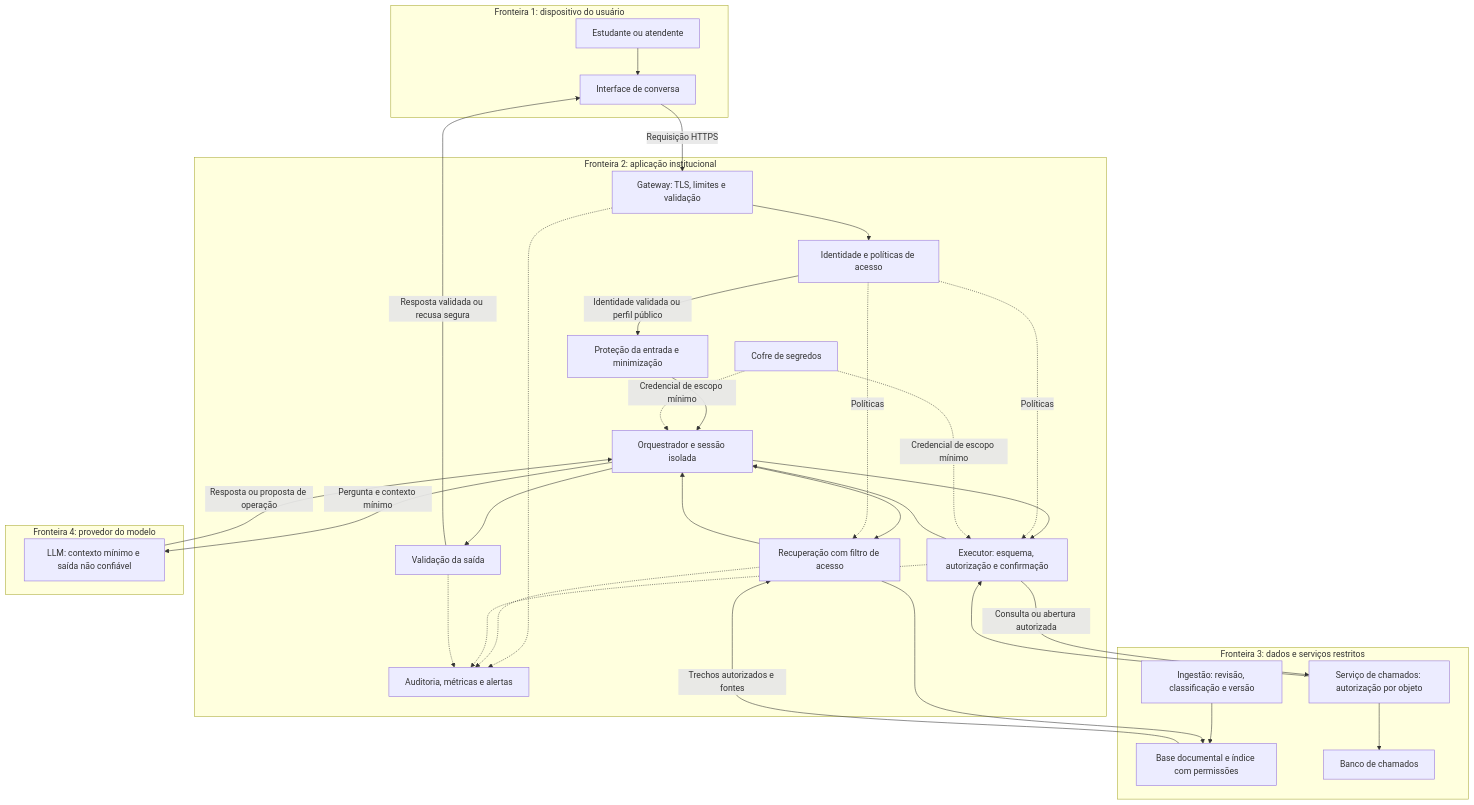
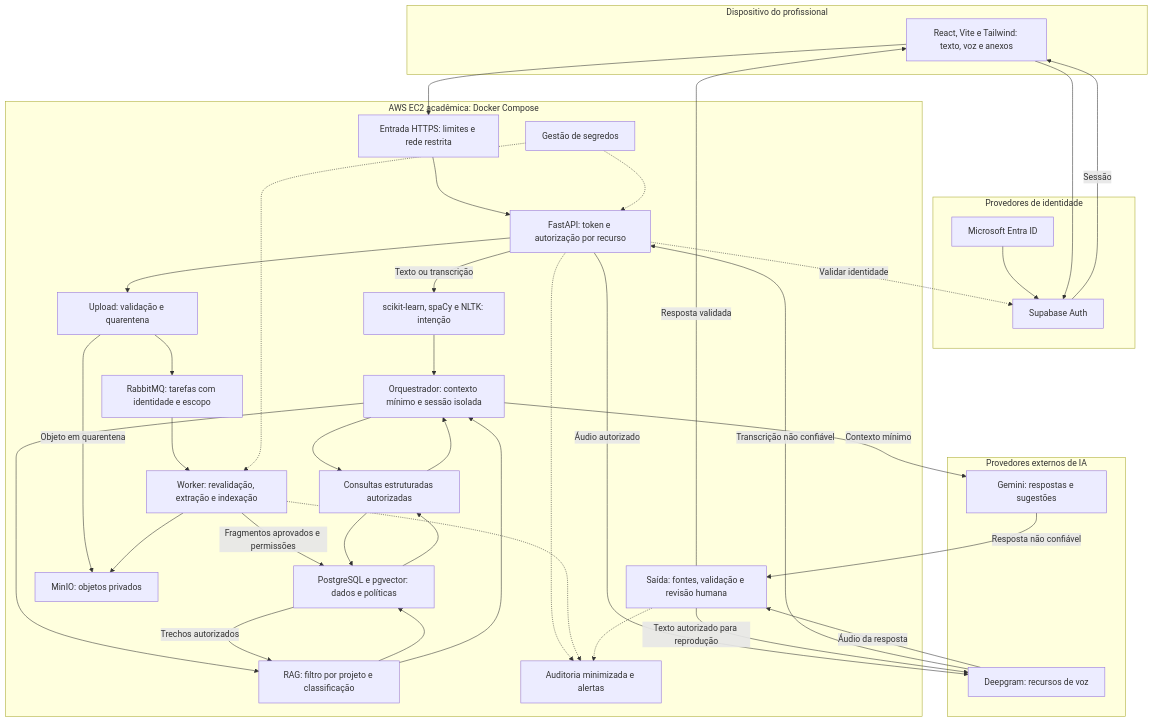
The diagram in README.md (Karol-barbosa/ponderada-sistemas-conversacionais), drawn with Mermaid before and after one commit. The commit also changed other lines of this file, not shown here.

Commit message:
docs: adapta proposta de segurança ao projeto AZ1

````diff
--- a/README.md
+++ b/README.md
@@ -43,58 +59,64 @@
 ```mermaid
 flowchart TB
-    subgraph Z1["Fronteira 1: dispositivo do usuário"]
-        U["Estudante ou atendente"]
-        UI["Interface de conversa"]
-        U --> UI
+    subgraph CLIENTE["Dispositivo do profissional"]
+        UI["React, Vite e Tailwind: texto, voz e anexos"]
     end
-
-    subgraph Z2["Fronteira 2: aplicação institucional"]
-        API["Gateway: TLS, limites e validação"]
-        ID["Identidade e políticas de acesso"]
-        IN["Proteção da entrada e minimização"]
-        ORQ["Orquestrador e sessão isolada"]
-        RAG["Recuperação com filtro de acesso"]
-        EXEC["Executor: esquema, autorização e confirmação"]
-        OUT["Validação da saída"]
-        AUD["Auditoria, métricas e alertas"]
-        SEC["Cofre de segredos"]
+    subgraph IDENTIDADE["Provedores de identidade"]
+        ENTRA["Microsoft Entra ID"]
+        AUTH["Supabase Auth"]
+        ENTRA --> AUTH
     end
-
-    subgraph Z3["Fronteira 3: dados e serviços restritos"]
-        ING["Ingestão: revisão, classificação e versão"]
-        DOC["Base documental e índice com permissões"]
-        SERV["Serviço de chamados: autorização por objeto"]
-        DB["Banco de chamados"]
-        ING --> DOC
-        SERV --> DB
+    subgraph EC2["AWS EC2 acadêmica: Docker Compose"]
+        EDGE["Entrada HTTPS: limites e rede restrita"]
+        API["FastAPI: token e autorização por recurso"]
+        NLP["scikit-learn, spaCy e NLTK: intenção"]
+        ORQ["Orquestrador: contexto mínimo e sessão isolada"]
+        RAG["RAG: filtro por projeto e classificação"]
+        CONSULTA["Consultas estruturadas autorizadas"]
+        UP["Upload: validação e quarentena"]
+        MQ["RabbitMQ: tarefas com identidade e escopo"]
+        WORK["Worker: revalidação, extração e indexação"]
+        PG["PostgreSQL e pgvector: dados e políticas"]
+        OBJ["MinIO: objetos privados"]
+        OUT["Saída: fontes, validação e revisão humana"]
+        AUD["Auditoria minimizada e alertas"]
+        SEC["Gestão de segredos"]
     end
-
-    subgraph Z4["Fronteira 4: provedor do modelo"]
-        LLM["LLM: contexto mínimo e saída não confiável"]
+    subgraph IA["Provedores externos de IA"]
+        VOZ["Deepgram: recursos de voz"]
+        LLM["Gemini: respostas e sugestões"]
     end
-
-    UI -->|"Requisição HTTPS"| API
-    API --> ID
-    ID -->|"Identidade validada ou perfil público"| IN
-    IN --> ORQ
+    UI --> AUTH
+    AUTH -->|"Sessão"| UI
+    UI --> EDGE
+    EDGE --> API
+    API -.->|"Validar identidade"| AUTH
+    API -->|"Texto ou transcrição"| NLP
+    NLP --> ORQ
+    API -->|"Áudio autorizado"| VOZ
+    VOZ -->|"Transcrição não confiável"| API
+    API --> UP
+    UP -->|"Objeto em quarentena"| OBJ
+    UP --> MQ
+    MQ --> WORK
+    WORK --> OBJ
+    WORK -->|"Fragmentos aprovados e permissões"| PG
+    ORQ --> CONSULTA
+    CONSULTA --> PG
+    PG --> CONSULTA
+    CONSULTA --> ORQ
     ORQ --> RAG
-    RAG --> DOC
-    DOC -->|"Trechos autorizados e fontes"| RAG
+    RAG --> PG
+    PG -->|"Trechos autorizados"| RAG
     RAG --> ORQ
-    ORQ -->|"Pergunta e contexto mínimo"| LLM
-    LLM -->|"Resposta ou proposta de operação"| ORQ
-    ORQ --> EXEC
-    EXEC -->|"Consulta ou abertura autorizada"| SERV
-    SERV --> EXEC
-    EXEC --> ORQ
-    ORQ --> OUT
-    OUT -->|"Resposta validada ou recusa segura"| UI
-    ID -.->|"Políticas"| RAG
-    ID -.->|"Políticas"| EXEC
-    SEC -.->|"Credencial de escopo mínimo"| ORQ
-    SEC -.->|"Credencial de escopo mínimo"| EXEC
+    ORQ -->|"Contexto mínimo"| LLM
+    LLM -->|"Resposta não confiável"| OUT
+    OUT -->|"Resposta validada"| UI
+    OUT -->|"Texto autorizado para reprodução"| VOZ
+    VOZ -->|"Áudio da resposta"| OUT
     API -.-> AUD
-    RAG -.-> AUD
-    EXEC -.-> AUD
+    WORK -.-> AUD
     OUT -.-> AUD
+    SEC -.-> API
+    SEC -.-> WORK
 ```
````
